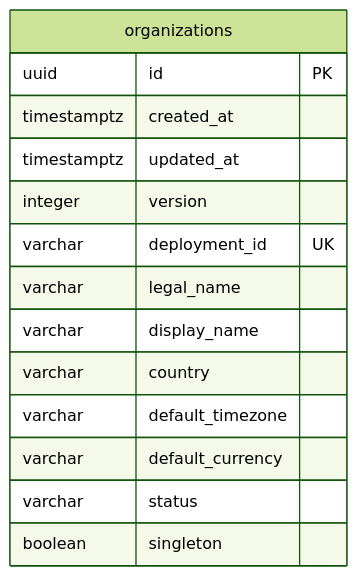
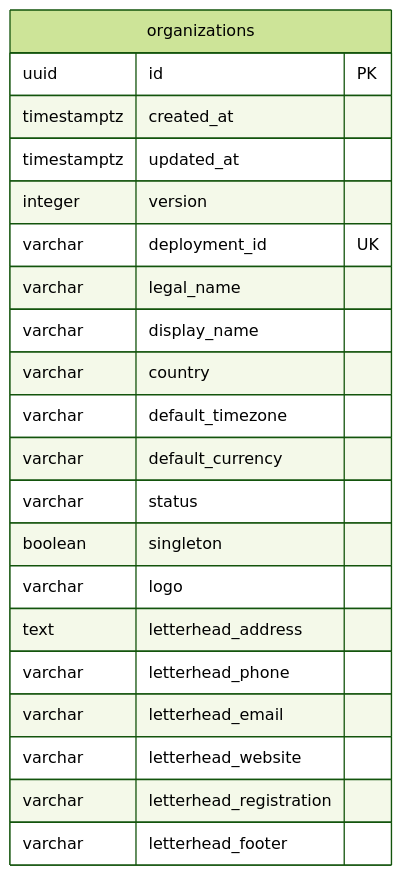
One commit to vijayant-pandey/HIMS_Advanced changed the second of 17 diagrams in docs/architecture/data-architecture/erd.md. Above: the diagram before and after it, drawn with Mermaid (forest theme). The commit also changed other lines of this file and 87 other files, not shown here.

Commit message:
HIMS-FAC-009, HIMS-ORG-006, HIMS-NOTIF-003: equipment register; hospital logo and letterhead; editable message wording (#44)

````diff
--- a/docs/architecture/data-architecture/erd.md
+++ b/docs/architecture/data-architecture/erd.md
@@ -185,17 +197,24 @@
 ```mermaid
 erDiagram
     organizations {
         uuid id PK
         timestamptz created_at
         timestamptz updated_at
         integer version
         varchar deployment_id UK
         varchar legal_name
         varchar display_name
         varchar country
         varchar default_timezone
         varchar default_currency
         varchar status
         boolean singleton
+        varchar logo
+        text letterhead_address
+        varchar letterhead_phone
+        varchar letterhead_email
+        varchar letterhead_website
+        varchar letterhead_registration
+        varchar letterhead_footer
     }
 ```
````
